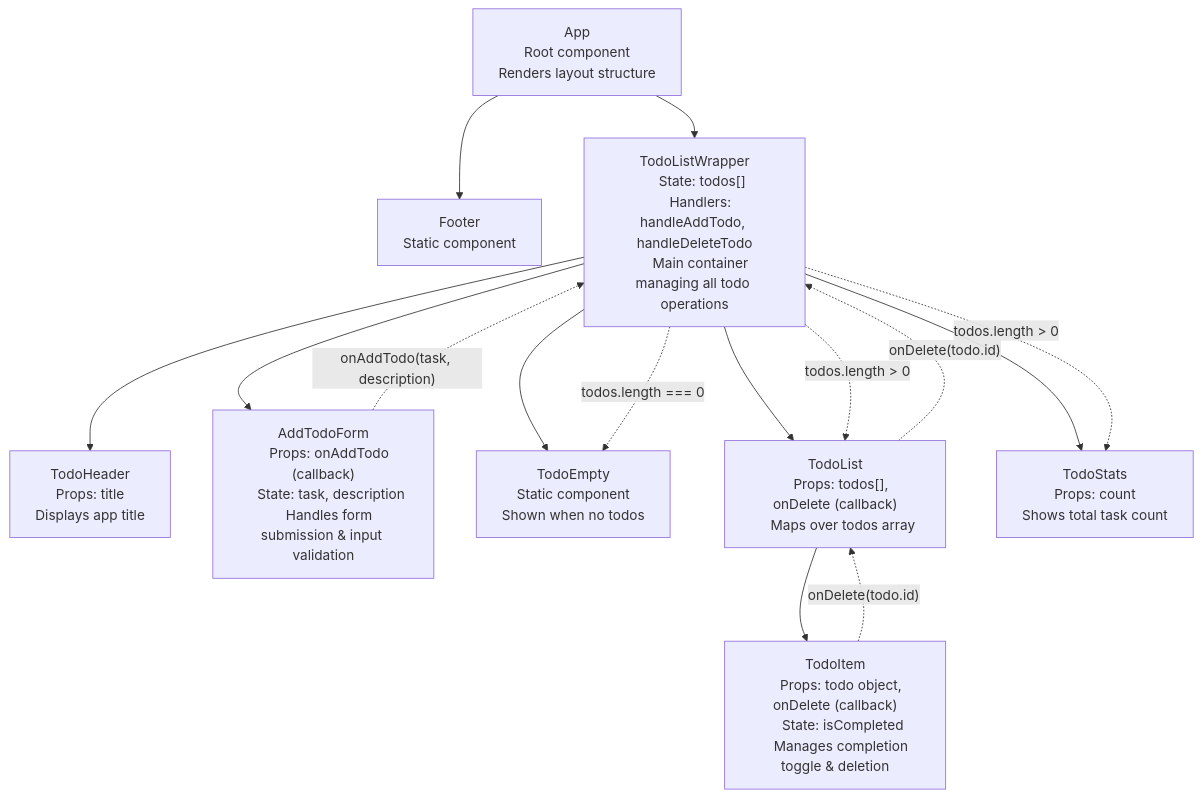
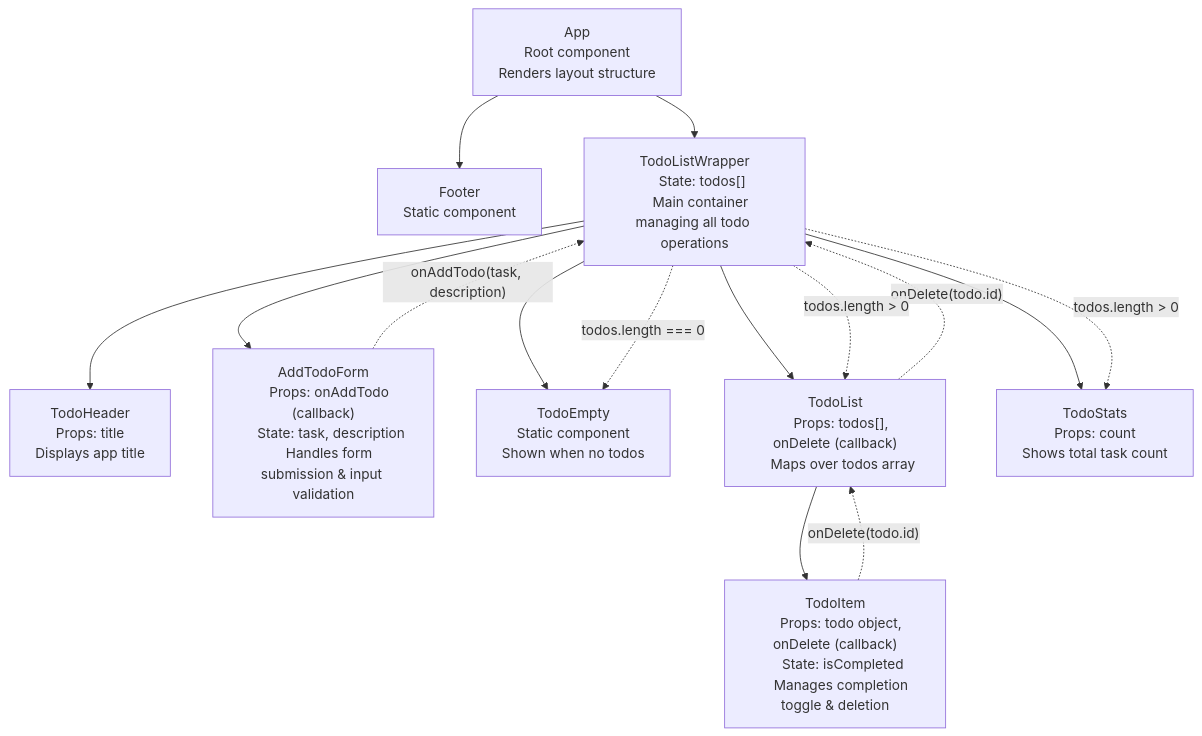
The diagram in README.md (stkossman/lab-3), drawn with Mermaid before and after one commit.

Commit message:
Update README
Removed handlers from TodoListWrapper description.

````diff
--- a/README.md
+++ b/README.md
@@ -11,68 +11,67 @@
 ```mermaid
 graph TD;
     App["App
     Root component
     Renders layout structure"]
 
     Footer["Footer
     Static component"]
 
     TodoListWrapper["TodoListWrapper
     State: todos[]
-    Handlers: handleAddTodo, handleDeleteTodo
     Main container managing all todo operations"]
 
     TodoHeader["TodoHeader
     Props: title
     Displays app title"]
 
     AddTodoForm["AddTodoForm
     Props: onAddTodo (callback)
     State: task, description
     Handles form submission & input validation"]
 
     TodoEmpty["TodoEmpty
     Static component
     Shown when no todos"]
 
     TodoList["TodoList
     Props: todos[], onDelete (callback)
     Maps over todos array"]
 
     TodoItem["TodoItem
     Props: todo object, onDelete (callback)
     State: isCompleted
     Manages completion toggle & deletion"]
 
     TodoStats["TodoStats
     Props: count
     Shows total task count"]
 
     %% Root level
     App --> TodoListWrapper
     App --> Footer
 
     %% TodoListWrapper children
     TodoListWrapper --> TodoHeader
     TodoListWrapper --> AddTodoForm
     TodoListWrapper --> TodoEmpty
     TodoListWrapper --> TodoList
     TodoListWrapper --> TodoStats
 
     %% AddTodoForm - no children (HTML elements only)
 
     %% TodoList children
     TodoList --> TodoItem
 
     %% TodoItem - no children (HTML elements only)
 
     %% Data flow annotations
     AddTodoForm -.->|"onAddTodo(task, description)"| TodoListWrapper
     TodoItem -.->|"onDelete(todo.id)"| TodoList
     TodoList -.->|"onDelete(todo.id)"| TodoListWrapper
 
     %% Conditional rendering
     TodoListWrapper -.->|"todos.length === 0"| TodoEmpty
     TodoListWrapper -.->|"todos.length > 0"| TodoList
     TodoListWrapper -.->|"todos.length > 0"| TodoStats
 ```
````
